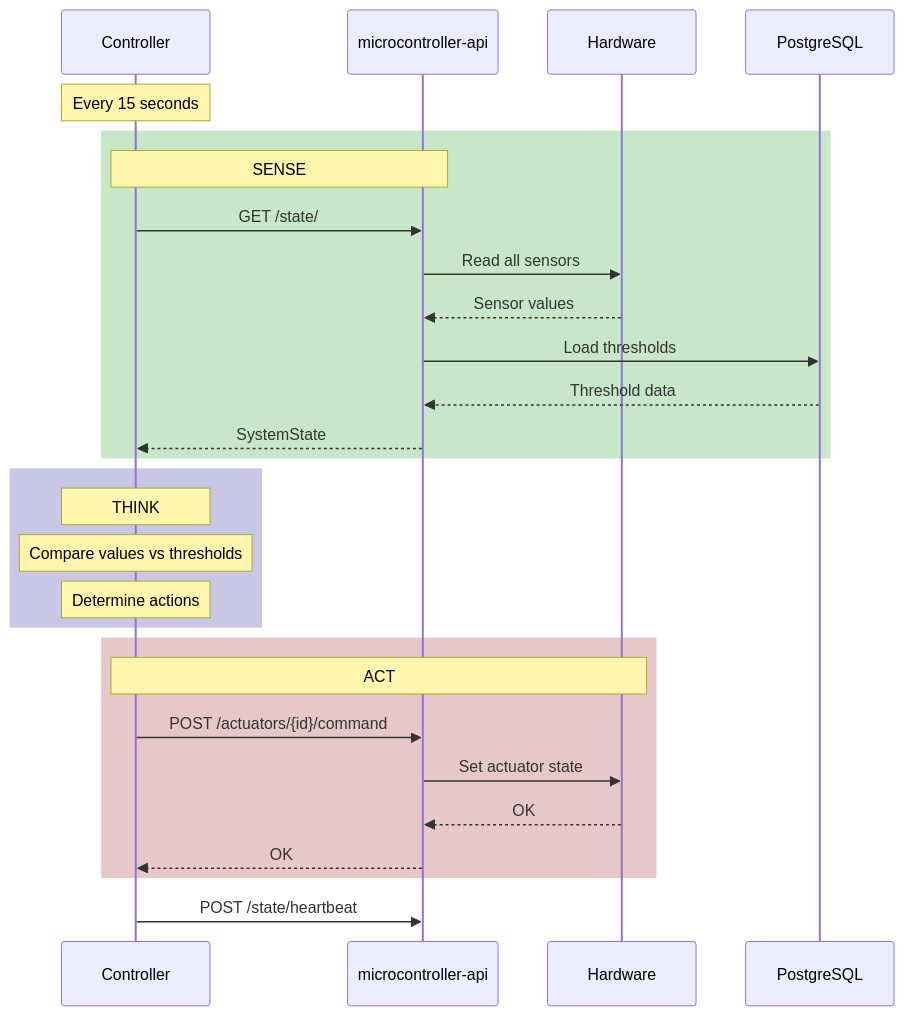
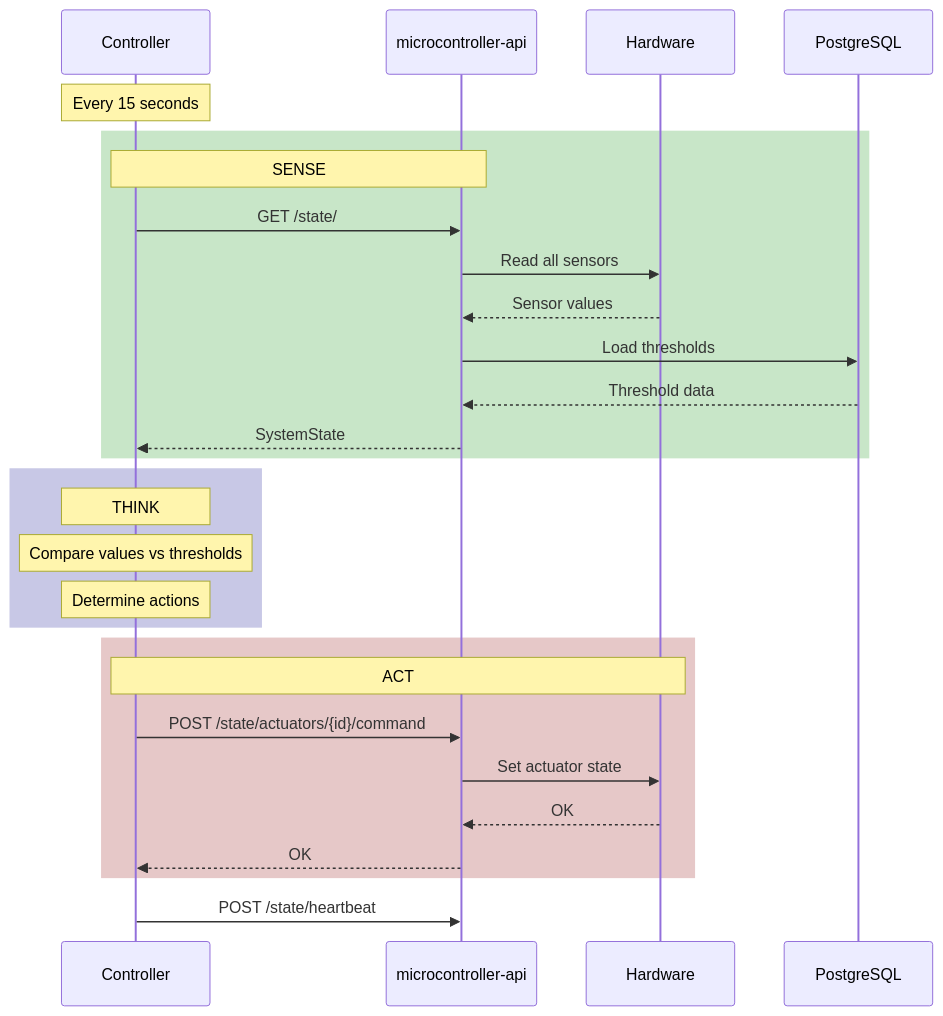
The fifth of 6 diagrams in docs/architecture/diagrams.md (GreenThumbProject/docs), drawn with Mermaid before and after one commit. The commit also changed other lines of this file and 12 other files, not shown here.

````diff
--- a/docs/architecture/diagrams.md
+++ b/docs/architecture/diagrams.md
@@ -186,35 +189,35 @@
 ```mermaid
 sequenceDiagram
     participant CTRL as Controller
     participant API as microcontroller-api
     participant HW as Hardware
     participant DB as PostgreSQL
     
     Note over CTRL: Every 15 seconds
     
     rect rgb(200, 230, 200)
         Note over CTRL,API: SENSE
         CTRL->>API: GET /state/
         API->>HW: Read all sensors
         HW-->>API: Sensor values
         API->>DB: Load thresholds
         DB-->>API: Threshold data
         API-->>CTRL: SystemState
     end
     
     rect rgb(200, 200, 230)
         Note over CTRL: THINK
         Note over CTRL: Compare values vs thresholds
         Note over CTRL: Determine actions
     end
     
     rect rgb(230, 200, 200)
         Note over CTRL,HW: ACT
-        CTRL->>API: POST /actuators/{id}/command
+        CTRL->>API: POST /state/actuators/{id}/command
         API->>HW: Set actuator state
         HW-->>API: OK
         API-->>CTRL: OK
     end
     
     CTRL->>API: POST /state/heartbeat
 ```
````
